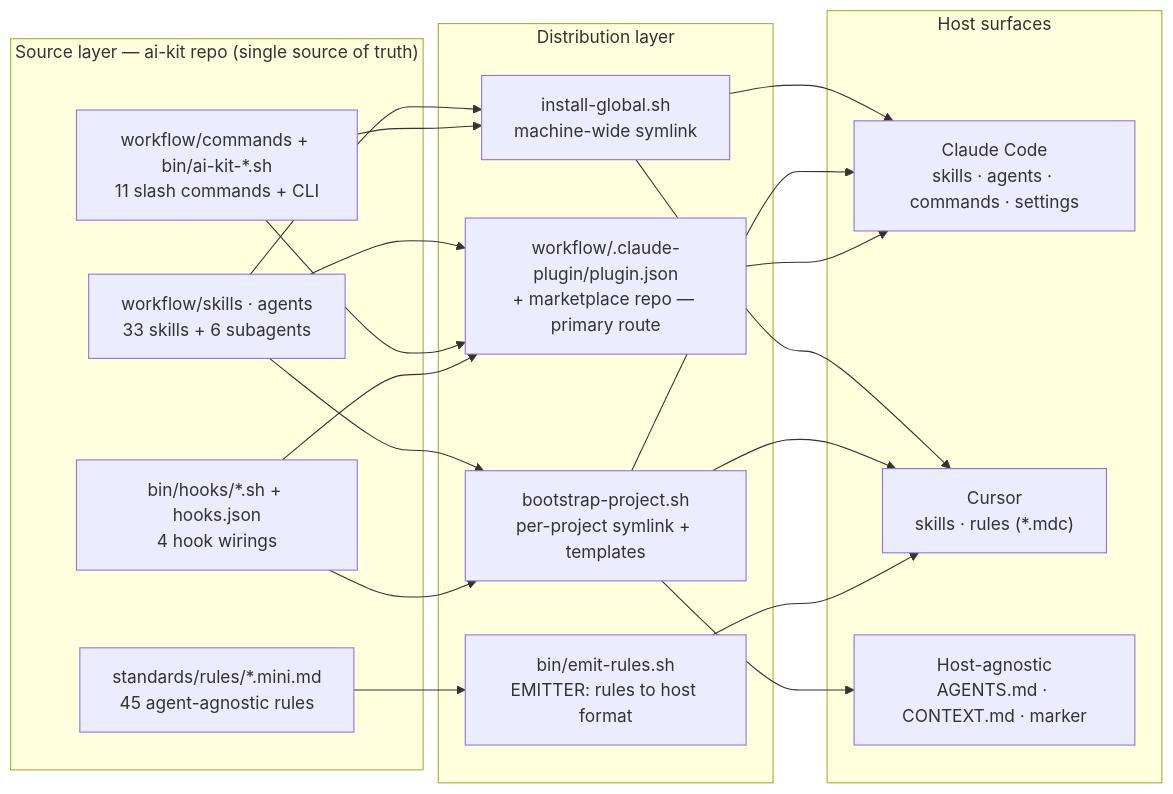
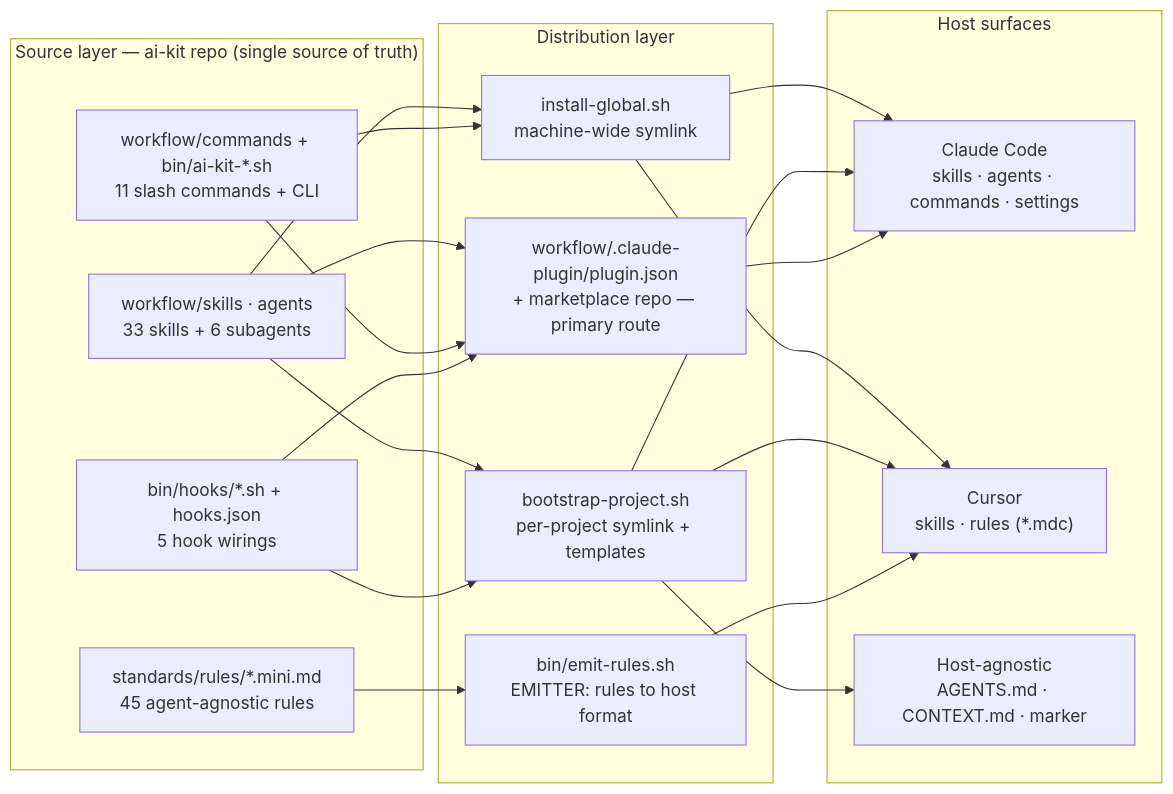
Before and after one commit to yusufkaracaburun/ai-kit: the first of 2 diagrams in docs/diagrams.md, drawn with Mermaid. The commit also changed 7 other files, not shown here.

````diff
--- a/docs/diagrams.md
+++ b/docs/diagrams.md
@@ -10,32 +10,32 @@
 ```mermaid
 flowchart LR
   subgraph SRC["Source layer — ai-kit repo (single source of truth)"]
     SA["workflow/skills · agents<br/>33 skills + 6 subagents"]
     CB["workflow/commands + bin/ai-kit-*.sh<br/>11 slash commands + CLI"]
-    H["bin/hooks/*.sh + hooks.json<br/>4 hook wirings"]
+    H["bin/hooks/*.sh + hooks.json<br/>5 hook wirings"]
     R["standards/rules/*.mini.md<br/>45 agent-agnostic rules"]
   end
 
   subgraph DIST["Distribution layer"]
     IG["install-global.sh<br/>machine-wide symlink"]
     PL["workflow/.claude-plugin/plugin.json<br/>+ marketplace repo — primary route"]
     BP["bootstrap-project.sh<br/>per-project symlink + templates"]
     ER["bin/emit-rules.sh<br/>EMITTER: rules to host format"]
   end
 
   subgraph HOSTS["Host surfaces"]
     CC["Claude Code<br/>skills · agents · commands · settings"]
     CU["Cursor<br/>skills · rules (*.mdc)"]
     HA["Host-agnostic<br/>AGENTS.md · CONTEXT.md · marker"]
   end
 
   SA --> IG & BP & PL
   CB --> IG & PL
   H --> PL & BP
   R --> ER
 
   IG --> CC & CU
   BP --> CC & CU & HA
   PL --> CC
   ER --> CU
 ```
````
